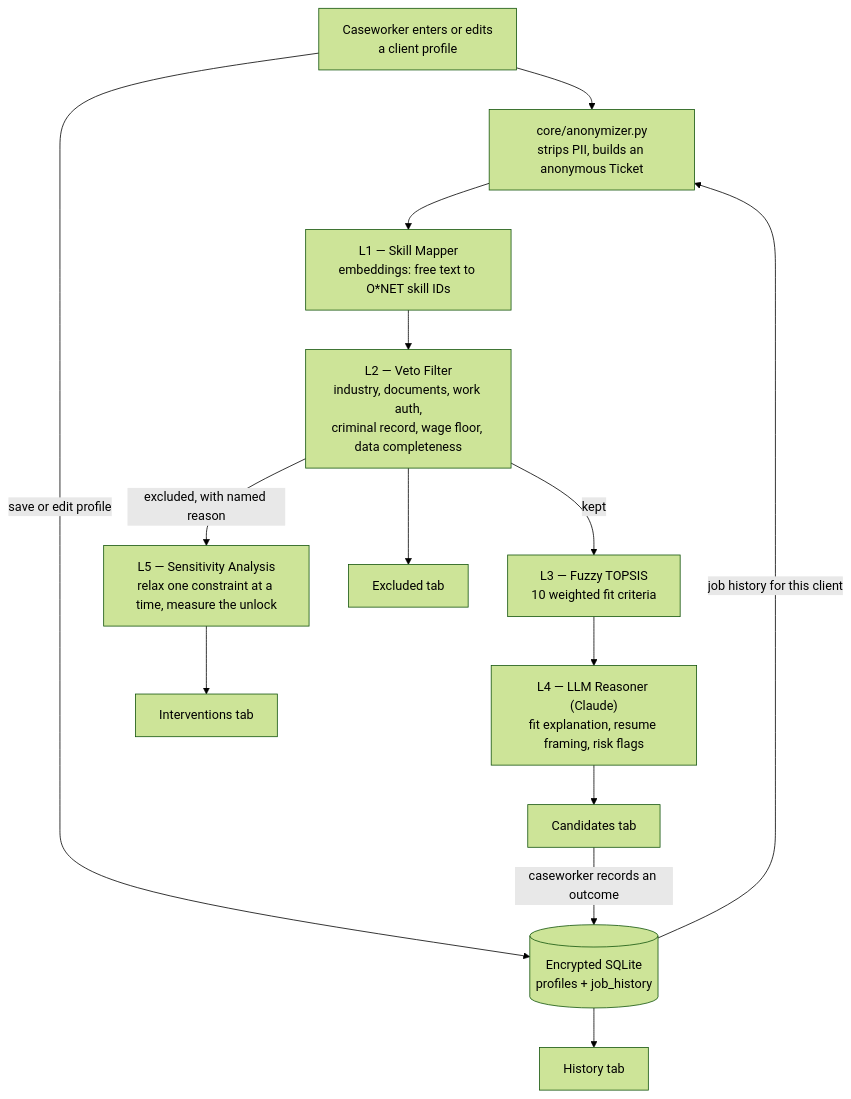
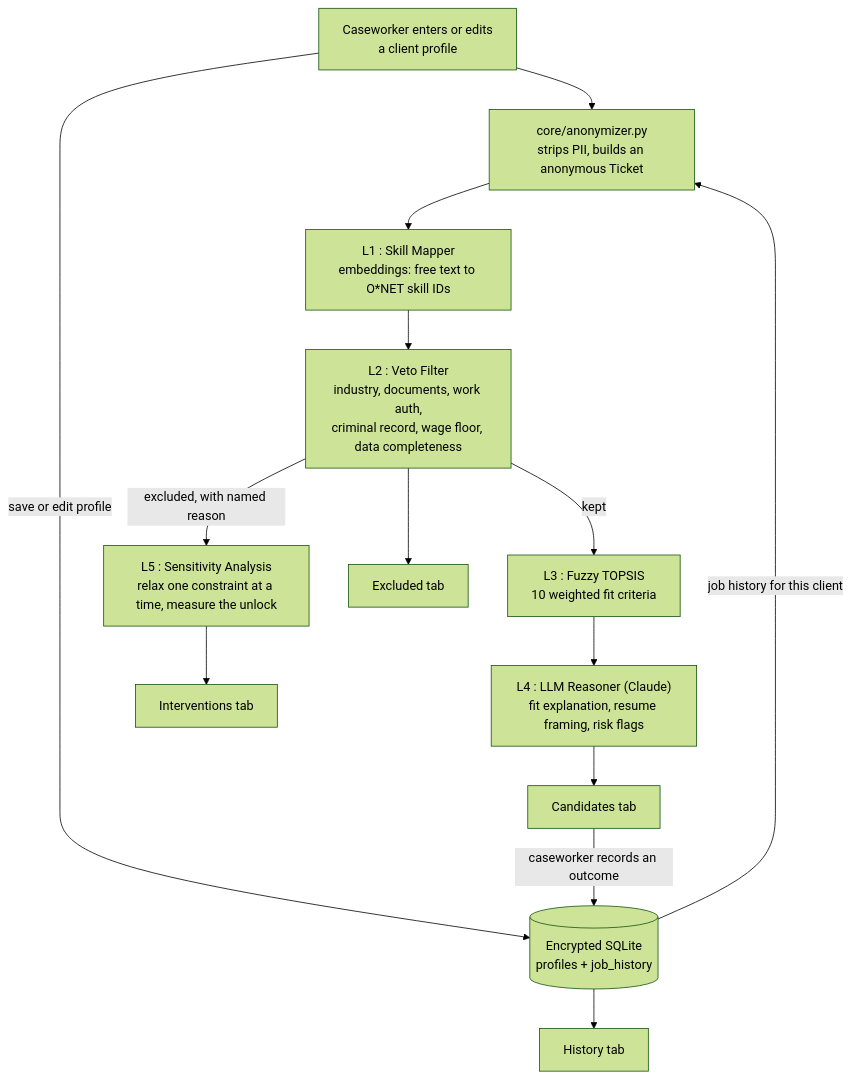
Before and after one commit to hashimghz/survivor-pathway-planner: the diagram in README.md, drawn with Mermaid (forest theme). The commit also changed other lines of this file, not shown here.

````diff
--- a/README.md
+++ b/README.md
@@ -27,29 +27,29 @@
 ```mermaid
 flowchart TD
     A["Caseworker enters or edits<br/>a client profile"]
     DB[("Encrypted SQLite<br/>profiles + job_history")]
     B["core/anonymizer.py<br/>strips PII, builds an anonymous Ticket"]
-    L1["L1 — Skill Mapper<br/>embeddings: free text to O*NET skill IDs"]
-    L2["L2 — Veto Filter<br/>industry, documents, work auth,<br/>criminal record, wage floor, data completeness"]
-    L3["L3 — Fuzzy TOPSIS<br/>10 weighted fit criteria"]
-    L5["L5 — Sensitivity Analysis<br/>relax one constraint at a time, measure the unlock"]
-    L4["L4 — LLM Reasoner (Claude)<br/>fit explanation, resume framing, risk flags"]
+    L1["L1 : Skill Mapper<br/>embeddings: free text to O*NET skill IDs"]
+    L2["L2 : Veto Filter<br/>industry, documents, work auth,<br/>criminal record, wage floor, data completeness"]
+    L3["L3 : Fuzzy TOPSIS<br/>10 weighted fit criteria"]
+    L5["L5 : Sensitivity Analysis<br/>relax one constraint at a time, measure the unlock"]
+    L4["L4 : LLM Reasoner (Claude)<br/>fit explanation, resume framing, risk flags"]
     T1["Candidates tab"]
     T2["Excluded tab"]
     T3["Interventions tab"]
     T4["History tab"]
 
     A --> B
     DB -->|job history for this client| B
     A -->|save or edit profile| DB
     B --> L1
     L1 --> L2
     L2 -->|kept| L3
     L2 -->|excluded, with named reason| L5
     L3 --> L4
     L4 --> T1
     L2 --> T2
     L5 --> T3
     DB --> T4
     T1 -->|caseworker records an outcome| DB
 ```
````
